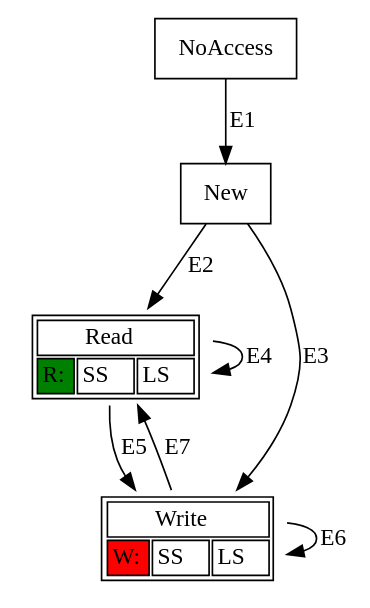
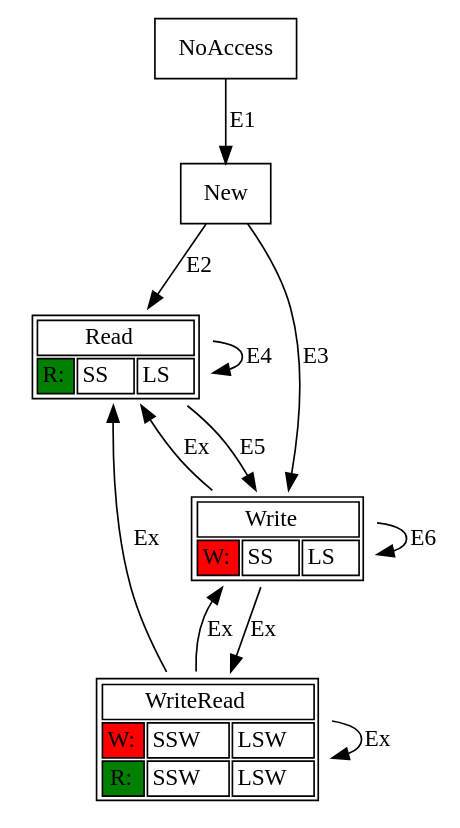
Before and after one commit to spurious/ThreadSanitizer-mirror: the diagram in msm/prop2.dot, drawn with Graphviz. The commit also changed 1 other file, not shown here.

```diff
--- a/msm/prop2.dot
+++ b/msm/prop2.dot
@@ -1,31 +1,56 @@
-digraph prop1 {
+digraph prop2 {
    NoAccess [shape=rectangle label="NoAccess"];
    New   [shape=rectangle label="New"];
+
+
 
    Read  [shape=plaintext label=<<TABLE BGCOLOR="white"> <tr> 
         <td colspan="3">Read</td> 
       </tr> <tr> 
         <td bgcolor="green">R:</td>
         <td> SS </td>
         <td> LS </td>
       </tr> </TABLE>>
     ]
 
    Write  [shape=plaintext label=<<TABLE BGCOLOR="white"> <tr> 
         <td colspan="3">Write</td> 
       </tr> <tr> 
         <td bgcolor="red">W:</td>
         <td> SS </td>
         <td> LS </td>
       </tr> </TABLE>>
     ]
 
 
-   NoAccess -> New    [label="E1"];
-   New      -> Read   [label="E2"];
-   New      -> Write  [label="E3"];
-   Read     -> Read   [label="E4"];
-   Read     -> Write  [label="E5"];
-   Write    -> Write  [label="E6"];
-   Write    -> Read   [label="E7"];
+   WriteRead  [shape=plaintext label=<<TABLE BGCOLOR="white"> <tr> 
+        <td colspan="3">WriteRead</td> 
+      </tr> <tr> 
+        <td bgcolor="red">W:</td>
+        <td> SSW </td>
+        <td> LSW </td>
+      </tr> <tr> 
+        <td bgcolor="green">R:</td>
+        <td> SSW </td>
+        <td> LSW </td>
+      </tr> </TABLE>>
+    ]
+
+
+
+
+
+   NoAccess -> New         [label="E1"];
+   New      -> Read        [label="E2"];
+   New      -> Write       [label="E3"];
+   Read     -> Read        [label="E4"];
+   Read     -> Write       [label="E5"];
+   Write    -> Write       [label="E6"];
+   Write    -> WriteRead   [label="Ex"];
+   Write    -> Read        [label="Ex"];
+   WriteRead-> WriteRead   [label="Ex"];
+   WriteRead-> Read        [label="Ex"];
+   WriteRead-> Write       [label="Ex"];
+
+
 }
```
